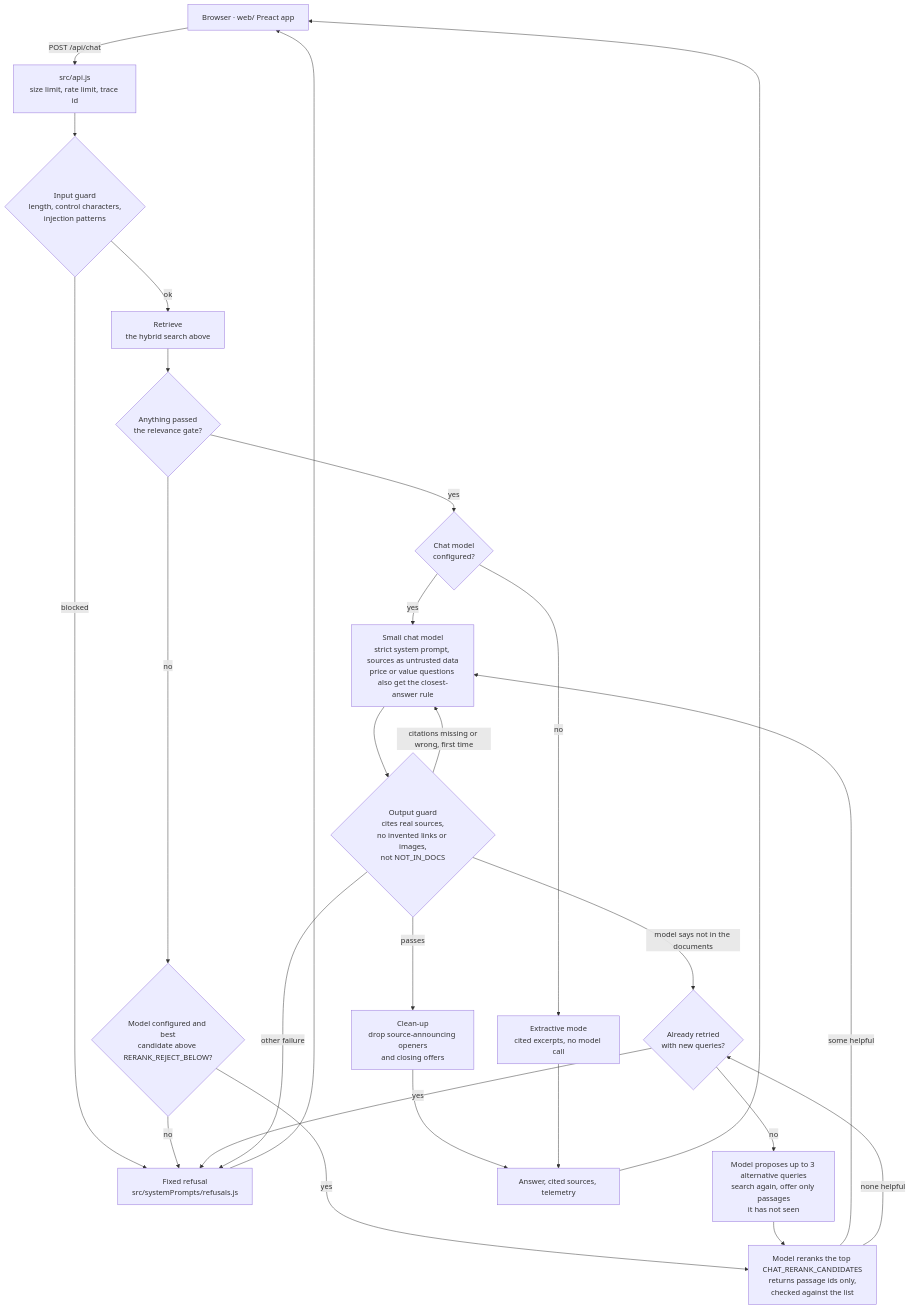
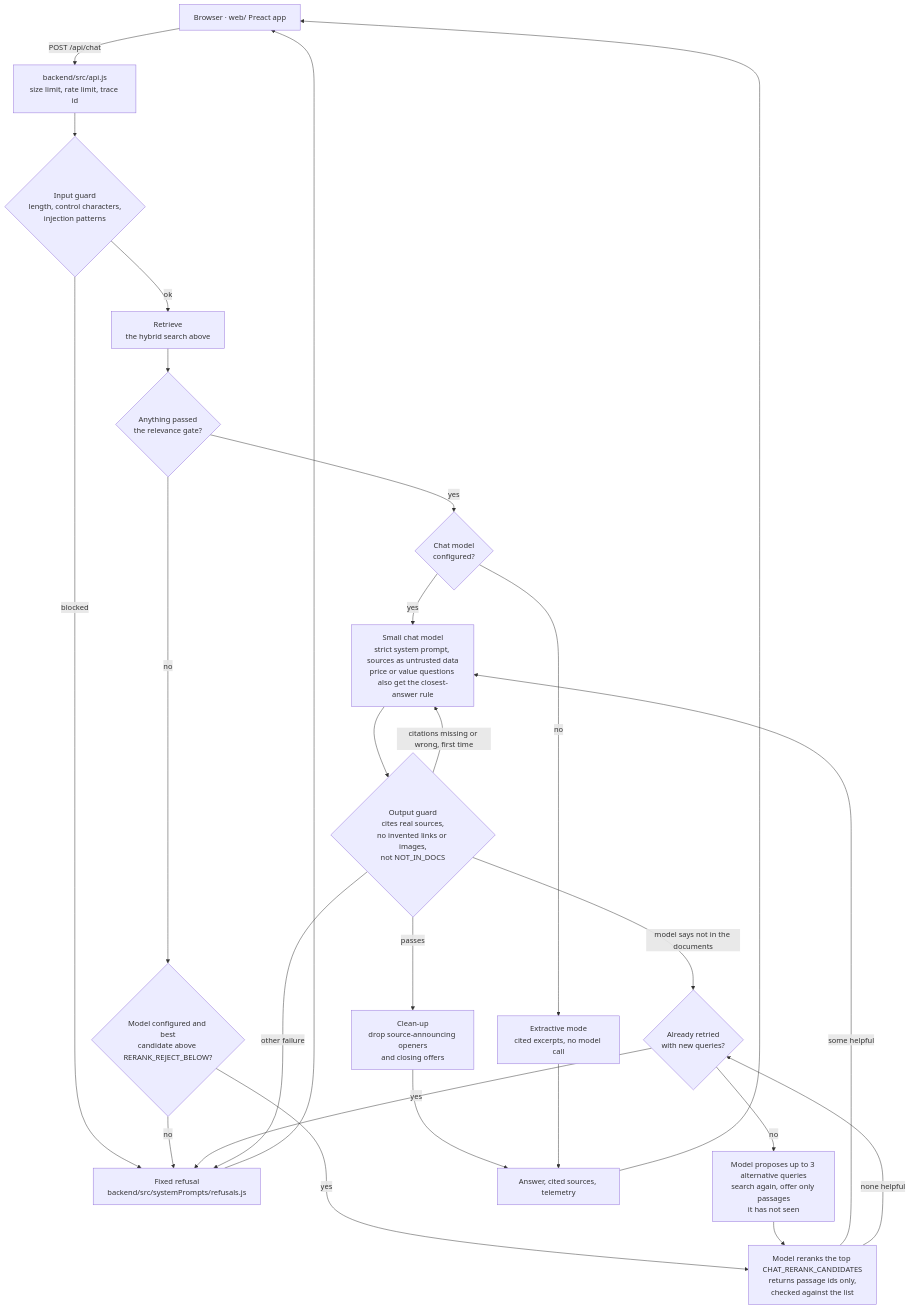
The fifth of 6 diagrams in langchain-langgraph-rag/README.md (KiranMantha/AI_Exercises), drawn with Mermaid before and after one commit. The commit also changed other lines of this file and 69 other files, not shown here.

Commit message:
move the RAG code into backend/, keep web/ and shared config at the root

````diff
--- a/langchain-langgraph-rag/README.md
+++ b/langchain-langgraph-rag/README.md
@@ -170,29 +185,29 @@
 ```mermaid
 flowchart TD
-    U[Browser · web/ Preact app] -- POST /api/chat --> API[src/api.js<br/>size limit, rate limit, trace id]
+    U[Browser · web/ Preact app] -- POST /api/chat --> API[backend/src/api.js<br/>size limit, rate limit, trace id]
     API --> GUARD{Input guard<br/>length, control characters,<br/>injection patterns}
-    GUARD -- blocked --> REFUSE[Fixed refusal<br/>src/systemPrompts/refusals.js]
+    GUARD -- blocked --> REFUSE[Fixed refusal<br/>backend/src/systemPrompts/refusals.js]
     GUARD -- ok --> RETRIEVE[Retrieve<br/>the hybrid search above]
     RETRIEVE --> PASSED{Anything passed<br/>the relevance gate?}
     PASSED -- yes --> CONFIGURED{Chat model<br/>configured?}
     CONFIGURED -- no --> EXTRACT[Extractive mode<br/>cited excerpts, no model call]
     CONFIGURED -- yes --> COMPOSE
     PASSED -- no --> UNSURE{Model configured and best<br/>candidate above RERANK_REJECT_BELOW?}
     UNSURE -- no --> REFUSE
     UNSURE -- yes --> JUDGE[Model reranks the top CHAT_RERANK_CANDIDATES<br/>returns passage ids only,<br/>checked against the list]
     JUDGE -- some helpful --> COMPOSE
     JUDGE -- none helpful --> RETRIED{Already retried<br/>with new queries?}
     RETRIED -- yes --> REFUSE
     RETRIED -- no --> REWRITE[Model proposes up to 3 alternative queries<br/>search again, offer only passages<br/>it has not seen]
     REWRITE --> JUDGE
 
     COMPOSE[Small chat model<br/>strict system prompt, sources as untrusted data<br/>price or value questions also get the closest-answer rule] --> OUTPUT{Output guard<br/>cites real sources,<br/>no invented links or images,<br/>not NOT_IN_DOCS}
     OUTPUT -- model says not in the documents --> RETRIED
     OUTPUT -- citations missing or wrong, first time --> COMPOSE
     OUTPUT -- other failure --> REFUSE
     OUTPUT -- passes --> CLEAN[Clean-up<br/>drop source-announcing openers<br/>and closing offers]
     CLEAN --> ANSWER[Answer, cited sources, telemetry]
     EXTRACT --> ANSWER
     ANSWER --> U
     REFUSE --> U
 ```
````
